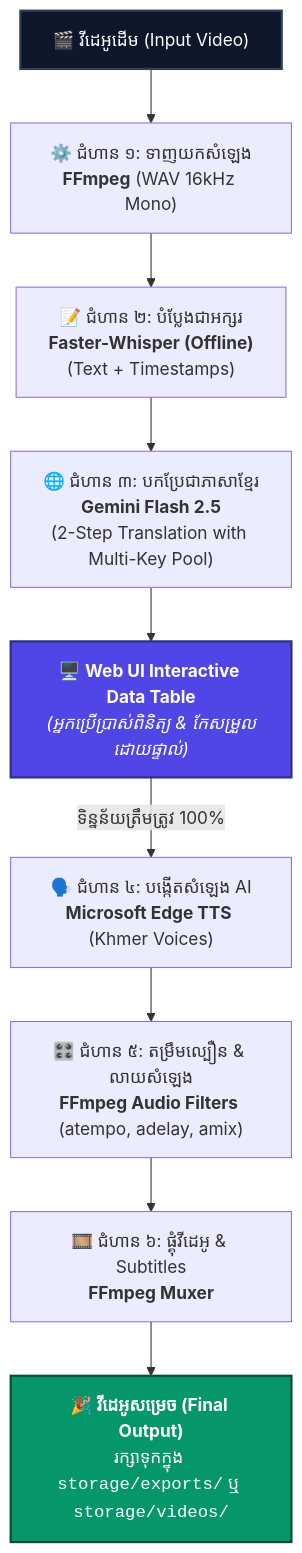
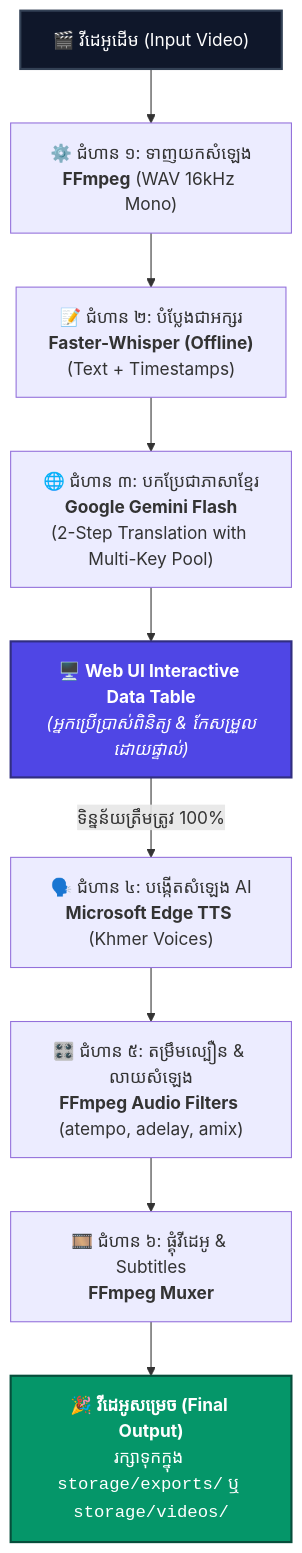
One commit to PANHA006/Dubber-Project changed the diagram in PIPELINE_FLOW.md. Above: the diagram before and after it, drawn with Mermaid. The commit also changed other lines of this file and 2 other files, not shown here.

First line of the commit message:
docs: fix documentation drift in README, pipeline flow and env template

````diff
--- a/PIPELINE_FLOW.md
+++ b/PIPELINE_FLOW.md
@@ -9,16 +9,16 @@
 ```mermaid
 flowchart TD
     A["🎬 វីដេអូដើម (Input Video)"] --> B["⚙️ ជំហាន ១: ទាញយកសំឡេង<br/><b>FFmpeg</b> (WAV 16kHz Mono)"]
     B --> C["📝 ជំហាន ២: បំប្លែងជាអក្សរ<br/><b>Faster-Whisper (Offline)</b><br/>(Text + Timestamps)"]
-    C --> D["🌐 ជំហាន ៣: បកប្រែជាភាសាខ្មែរ<br/><b>Gemini Flash 2.5</b><br/>(2-Step Translation with Multi-Key Pool)"]
+    C --> D["🌐 ជំហាន ៣: បកប្រែជាភាសាខ្មែរ<br/><b>Google Gemini Flash</b><br/>(2-Step Translation with Multi-Key Pool)"]
     D --> E["🖥️ <b>Web UI Interactive Data Table</b><br/><i>(អ្នកប្រើប្រាស់ពិនិត្យ & កែសម្រួលដោយផ្ទាល់)</i>"]
     
     E -->|ទិន្នន័យត្រឹមត្រូវ 100%| F["🗣️ ជំហាន ៤: បង្កើតសំឡេង AI<br/><b>Microsoft Edge TTS</b> (Khmer Voices)"]
     F --> G["🎛️ ជំហាន ៥: តម្រឹមល្បឿន & លាយសំឡេង<br/><b>FFmpeg Audio Filters</b> (atempo, adelay, amix)"]
     G --> H["🎞️ ជំហាន ៦: ផ្គុំវីដេអូ & Subtitles<br/><b>FFmpeg Muxer</b>"]
     H --> I["🎉 <b>វីដេអូសម្រេច (Final Output)</b><br/>រក្សាទុកក្នុង <code>storage/exports/</code> ឬ <code>storage/videos/</code>"]
 
     style E fill:#4f46e5,stroke:#312e81,stroke-width:2px,color:#fff
     style I fill:#059669,stroke:#064e3b,stroke-width:2px,color:#fff
     style A fill:#0f172a,stroke:#334155,stroke-width:2px,color:#fff
 ```
````
